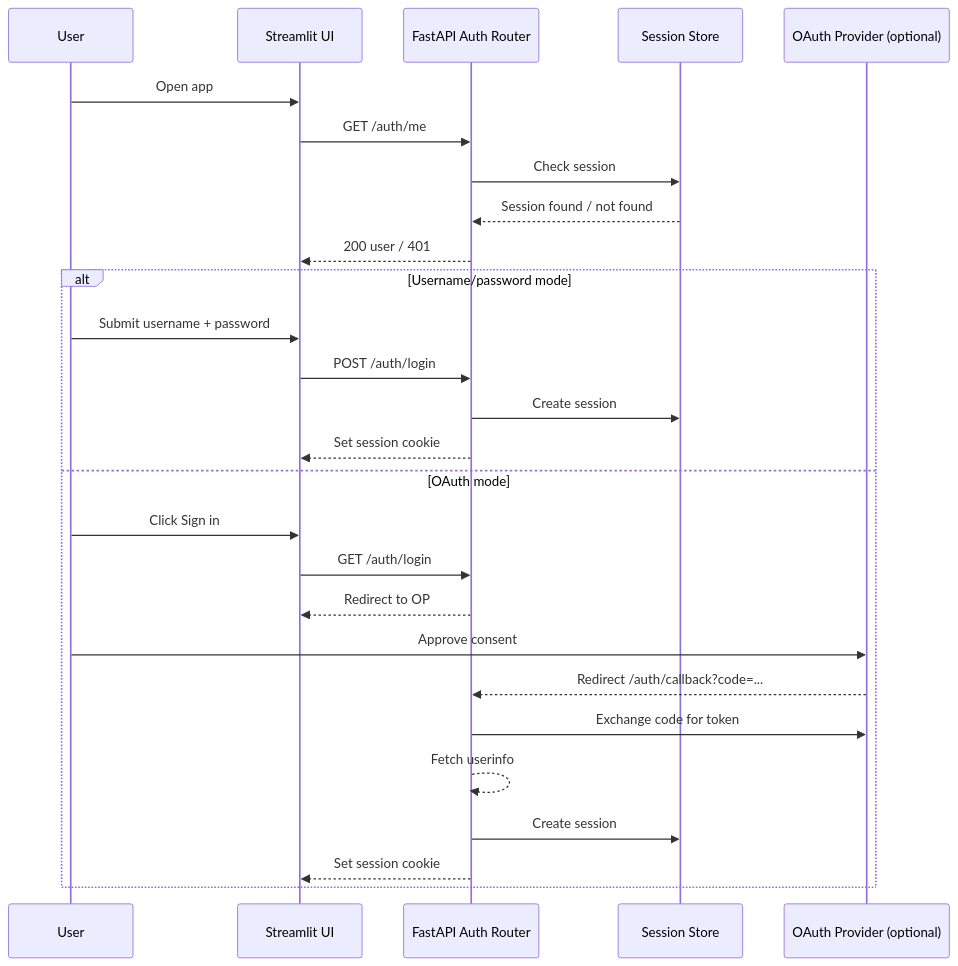
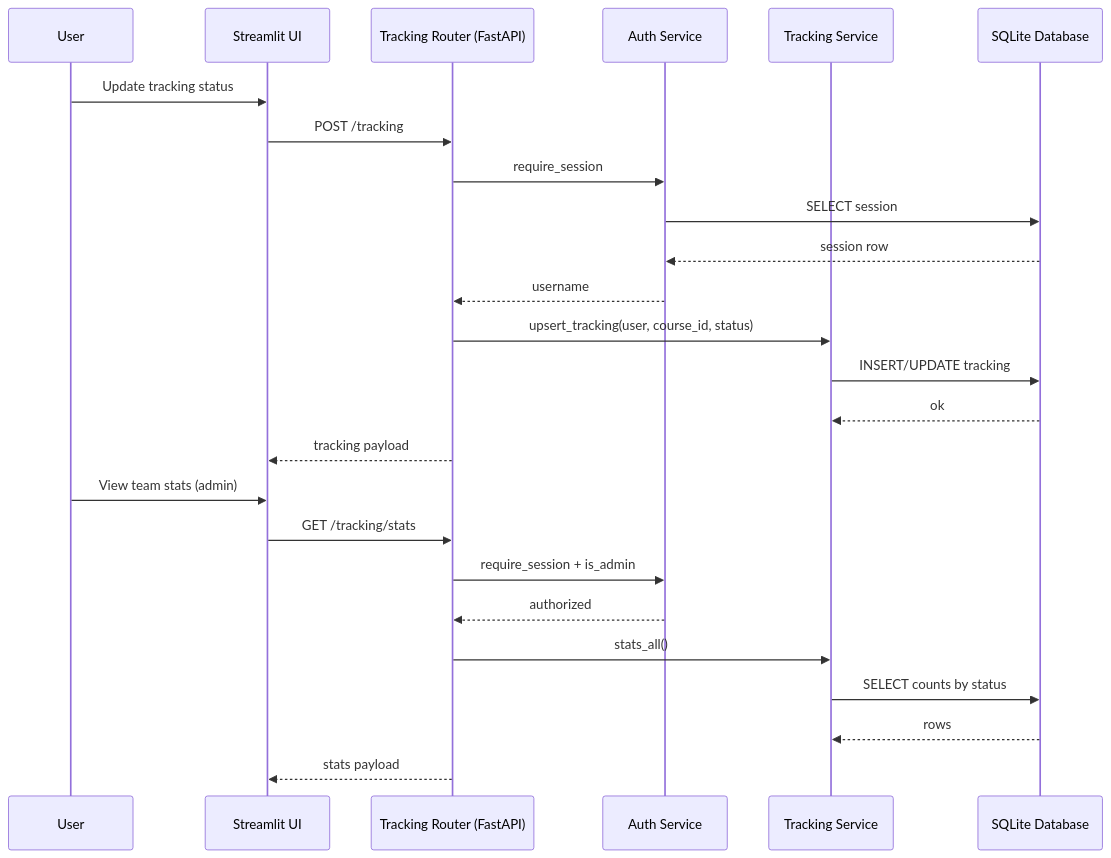
One commit to JustinMelger/Upstream changed diagram 11 of 13 in docs/architecture.md. Above: the diagram before and after it, drawn with Mermaid. The commit also changed other lines of this file, not shown here.

Commit message:
docs: update architecture for redesing

````diff
--- a/docs/architecture.md
+++ b/docs/architecture.md
@@ -37,31 +334,29 @@
 ```mermaid
 sequenceDiagram
-  participant U as User
+  participant User as User
   participant UI as Streamlit UI
-  participant API as FastAPI Auth Router
-  participant S as Session Store
-  participant OP as OAuth Provider (optional)
+  participant API as Tracking Router (FastAPI)
+  participant Auth as Auth Service
+  participant Tracking as Tracking Service
+  participant DB as SQLite Database
 
-  U->>UI: Open app
-  UI->>API: GET /auth/me
-  API->>S: Check session
-  S-->>API: Session found / not found
-  API-->>UI: 200 user / 401
+  User->>UI: Update tracking status
+  UI->>API: POST /tracking
+  API->>Auth: require_session
+  Auth->>DB: SELECT session
+  DB-->>Auth: session row
+  Auth-->>API: username
+  API->>Tracking: upsert_tracking(user, course_id, status)
+  Tracking->>DB: INSERT/UPDATE tracking
+  DB-->>Tracking: ok
+  API-->>UI: tracking payload
 
-  alt Username/password mode
-    U->>UI: Submit username + password
-    UI->>API: POST /auth/login
-    API->>S: Create session
-    API-->>UI: Set session cookie
-  else OAuth mode
-    U->>UI: Click Sign in
-    UI->>API: GET /auth/login
-    API-->>UI: Redirect to OP
-    U->>OP: Approve consent
-    OP-->>API: Redirect /auth/callback?code=...
-    API->>OP: Exchange code for token
-    API-->>API: Fetch userinfo
-    API->>S: Create session
-    API-->>UI: Set session cookie
-  end
+  User->>UI: View team stats (admin)
+  UI->>API: GET /tracking/stats
+  API->>Auth: require_session + is_admin
+  Auth-->>API: authorized
+  API->>Tracking: stats_all()
+  Tracking->>DB: SELECT counts by status
+  DB-->>Tracking: rows
+  API-->>UI: stats payload
 ```
````
